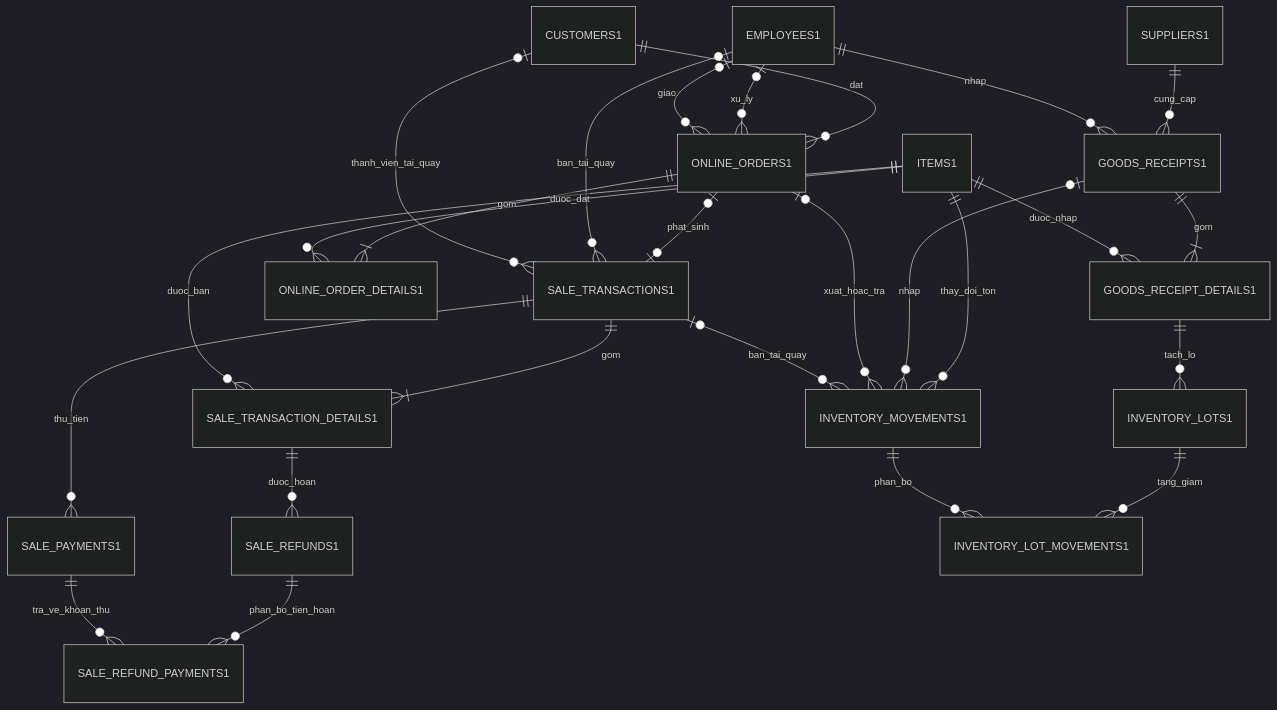
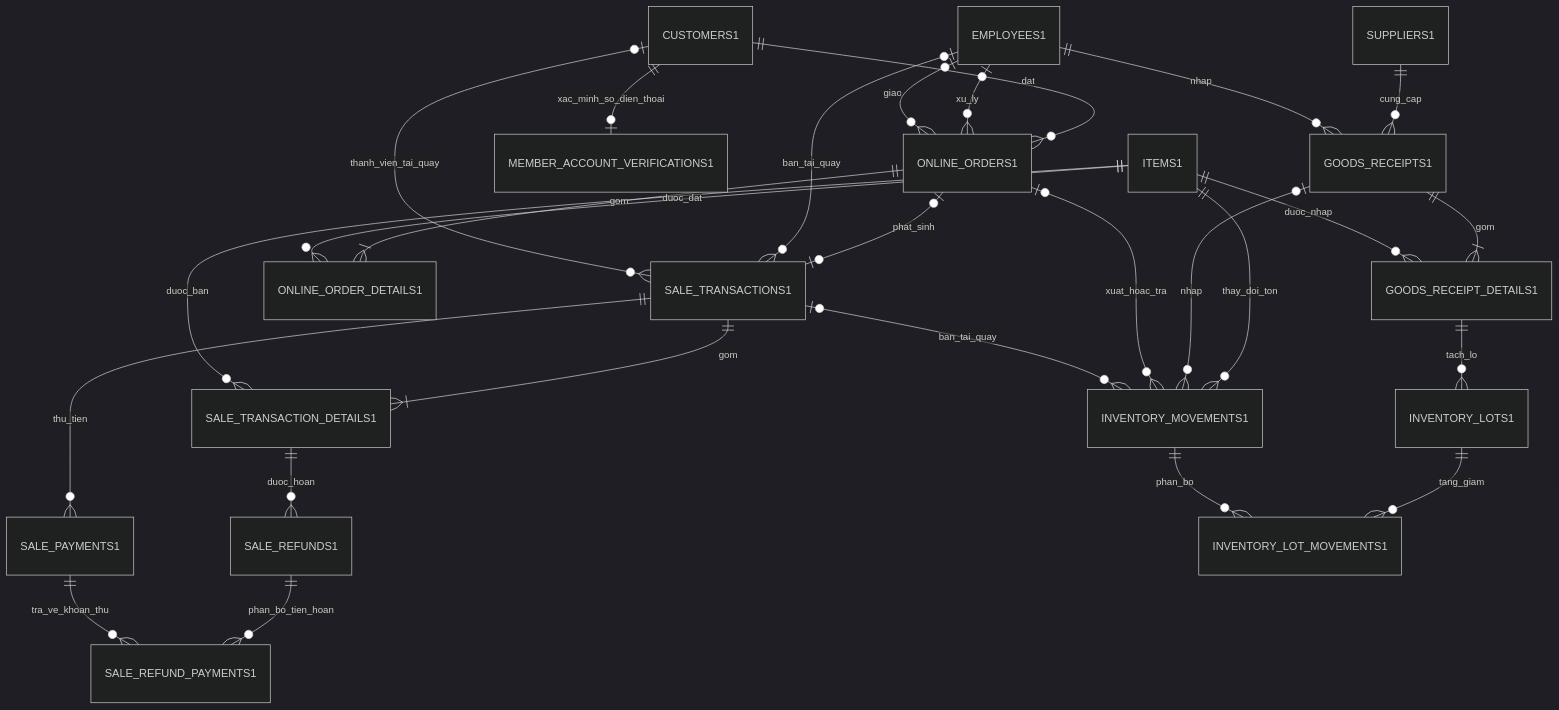
The diagram in supermarket/README.md (phudai0807/PTTK), drawn with Mermaid (dark theme) before and after one commit. The commit also changed other lines of this file and 31 other files, not shown here.

````diff
--- a/supermarket/README.md
+++ b/supermarket/README.md
@@ -64,28 +64,29 @@
 ```mermaid
 erDiagram
     CUSTOMERS1 ||--o{ ONLINE_ORDERS1 : dat
+    CUSTOMERS1 ||--o| MEMBER_ACCOUNT_VERIFICATIONS1 : xac_minh_so_dien_thoai
     EMPLOYEES1 o|--o{ ONLINE_ORDERS1 : xu_ly
     EMPLOYEES1 o|--o{ ONLINE_ORDERS1 : giao
     SUPPLIERS1 ||--o{ GOODS_RECEIPTS1 : cung_cap
     EMPLOYEES1 ||--o{ GOODS_RECEIPTS1 : nhap
     GOODS_RECEIPTS1 ||--|{ GOODS_RECEIPT_DETAILS1 : gom
     ITEMS1 ||--o{ GOODS_RECEIPT_DETAILS1 : duoc_nhap
     ONLINE_ORDERS1 ||--|{ ONLINE_ORDER_DETAILS1 : gom
     ITEMS1 ||--o{ ONLINE_ORDER_DETAILS1 : duoc_dat
     ONLINE_ORDERS1 o|--o| SALE_TRANSACTIONS1 : phat_sinh
     EMPLOYEES1 o|--o{ SALE_TRANSACTIONS1 : ban_tai_quay
     CUSTOMERS1 o|--o{ SALE_TRANSACTIONS1 : thanh_vien_tai_quay
     SALE_TRANSACTIONS1 ||--|{ SALE_TRANSACTION_DETAILS1 : gom
     SALE_TRANSACTIONS1 ||--o{ SALE_PAYMENTS1 : thu_tien
     ITEMS1 ||--o{ SALE_TRANSACTION_DETAILS1 : duoc_ban
     SALE_TRANSACTION_DETAILS1 ||--o{ SALE_REFUNDS1 : duoc_hoan
     SALE_REFUNDS1 ||--o{ SALE_REFUND_PAYMENTS1 : phan_bo_tien_hoan
     SALE_PAYMENTS1 ||--o{ SALE_REFUND_PAYMENTS1 : tra_ve_khoan_thu
     GOODS_RECEIPT_DETAILS1 ||--o{ INVENTORY_LOTS1 : tach_lo
     INVENTORY_LOTS1 ||--o{ INVENTORY_LOT_MOVEMENTS1 : tang_giam
     INVENTORY_MOVEMENTS1 ||--o{ INVENTORY_LOT_MOVEMENTS1 : phan_bo
     ITEMS1 ||--o{ INVENTORY_MOVEMENTS1 : thay_doi_ton
     GOODS_RECEIPTS1 o|--o{ INVENTORY_MOVEMENTS1 : nhap
     ONLINE_ORDERS1 o|--o{ INVENTORY_MOVEMENTS1 : xuat_hoac_tra
     SALE_TRANSACTIONS1 o|--o{ INVENTORY_MOVEMENTS1 : ban_tai_quay
 ```
````
